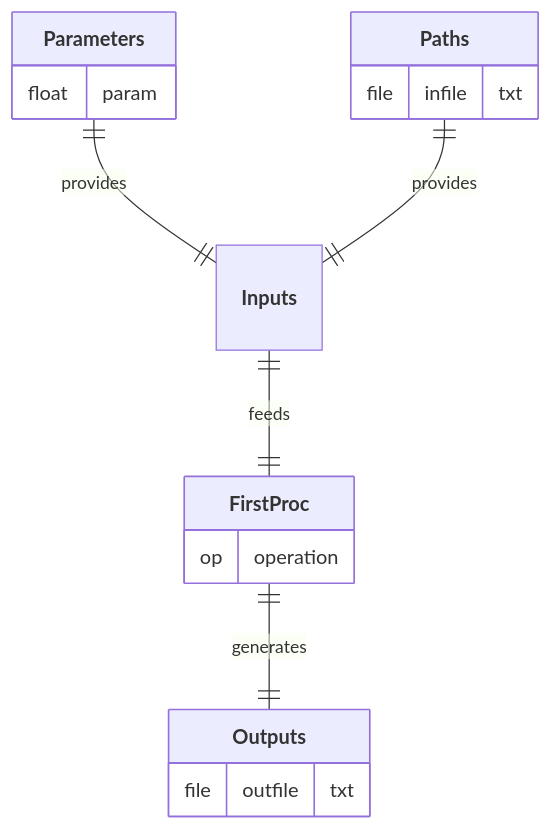
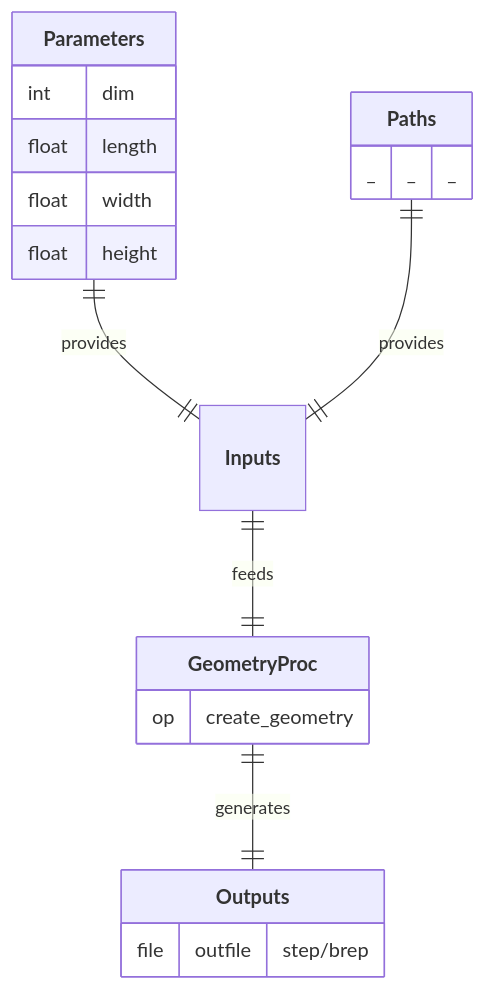
Before and after one commit to nuremics/nuremics-labs: the diagram in src/labs/apps/cms/CANTILEVER_SHEAR_APP/procs/GeometryProc/README.md, drawn with Mermaid. The commit also changed other lines of this file, not shown here.

Commit message:
add README of GeometryProc

````diff
--- a/src/labs/apps/cms/CANTILEVER_SHEAR_APP/procs/GeometryProc/README.md
+++ b/src/labs/apps/cms/CANTILEVER_SHEAR_APP/procs/GeometryProc/README.md
@@ -12,20 +12,23 @@
 ```mermaid
 erDiagram
   **Parameters** ||--|| **Inputs** : provides
   **Paths** ||--|| **Inputs** : provides
-  **Inputs** ||--|| **FirstProc** : feeds
-  **FirstProc** ||--|| **Outputs** : generates
+  **Inputs** ||--|| **GeometryProc** : feeds
+  **GeometryProc** ||--|| **Outputs** : generates
 
   **Parameters** {
-    float param
+    int dim
+    float length
+    float width
+    float height
   }
   **Paths** {
-    file infile "txt"
+    _ _ "_"
   }
-  **FirstProc** {
-    op operation
+  **GeometryProc** {
+    op create_geometry
   }
   **Outputs** {
-    file outfile "txt"
+    file outfile "step/brep"
   }
 ```
````
